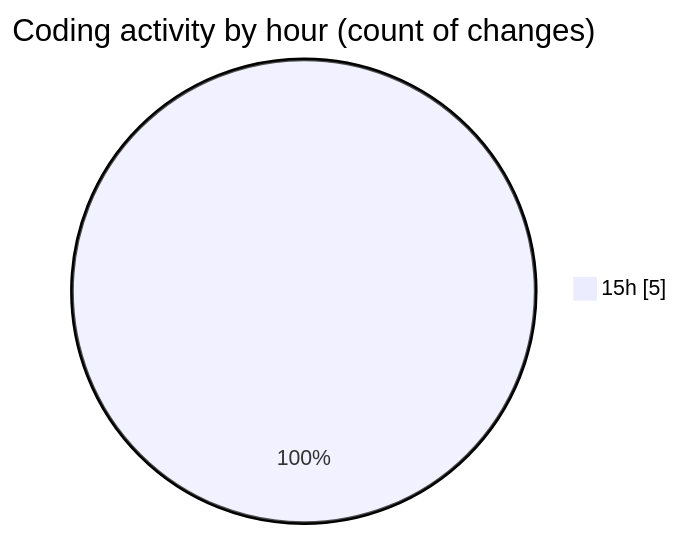
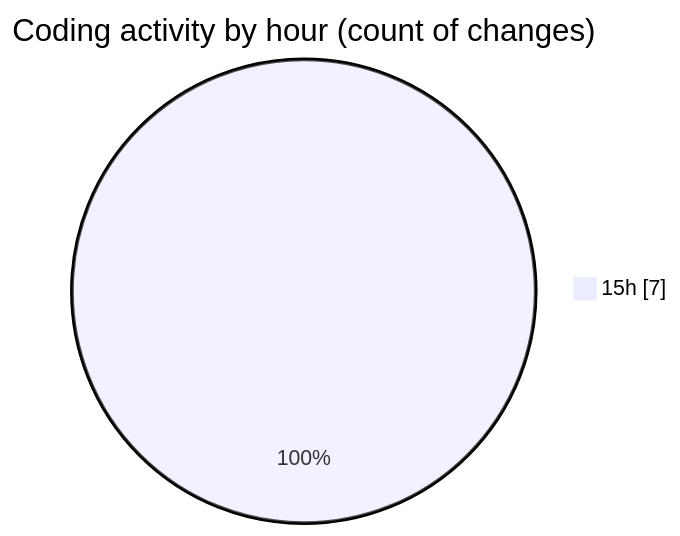
The second of 2 diagrams in 2025-02-23/masm/README.md (charlie-sans/code-tracking), drawn with Mermaid before and after one commit. The commit also changed other lines of this file and 1 other file, not shown here.

````diff
--- a/2025-02-23/masm/README.md
+++ b/2025-02-23/masm/README.md
@@ -30,5 +30,5 @@
 ```mermaid
 pie showData
 title Coding activity by hour (count of changes)
-"15h" : 5
+"15h" : 7
 ```
````
